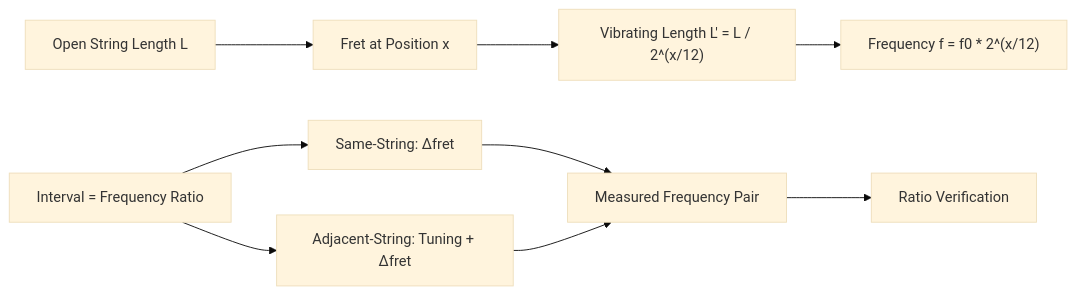
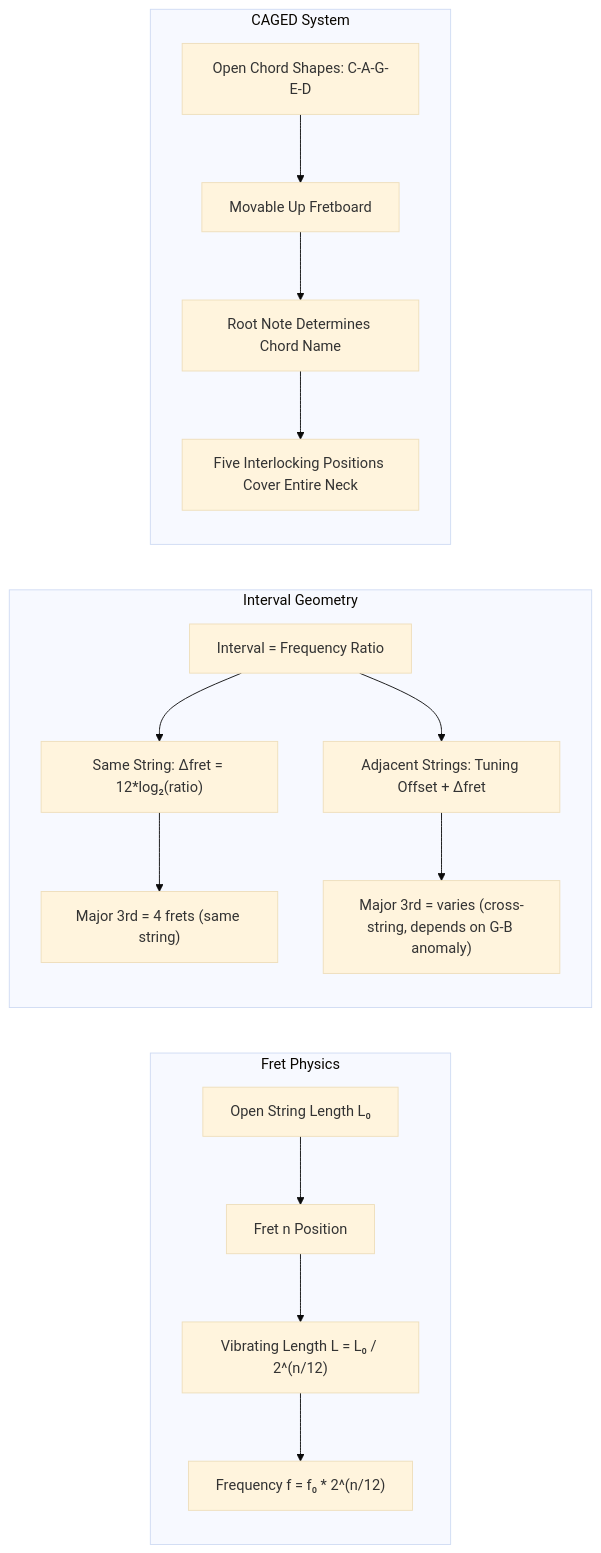
The fifth of 9 diagrams in topics/arts/music_performance/acoustic_guitar/labs.md (blebleblee/synapse), drawn with Mermaid (base theme) before and after one commit. The commit also changed other lines of this file and 4 other files, not shown here.

````diff
--- a/topics/arts/music_performance/acoustic_guitar/labs.md
+++ b/topics/arts/music_performance/acoustic_guitar/labs.md
@@ -160,11 +575,19 @@
 ```mermaid
 graph LR
-    A["Open String Length L"] --> B["Fret at Position x"]
-    B --> C["Vibrating Length L' = L / 2^(x/12)"]
-    C --> D["Frequency f = f0 * 2^(x/12)"]
-    E["Interval = Frequency Ratio"] --> F["Same-String: Δfret"]
-    E --> G["Adjacent-String: Tuning + Δfret"]
-    F --> H["Measured Frequency Pair"]
-    G --> H
-    H --> I["Ratio Verification"]
+    subgraph sub_fret_physics ["Fret Physics"]
+        A["Open String Length L₀"] --> B["Fret n Position"]
+        B --> C["Vibrating Length L = L₀ / 2^(n/12)"]
+        C --> D["Frequency f = f₀ * 2^(n/12)"]
+    end
+    subgraph sub_interval_geometry ["Interval Geometry"]
+        E["Interval = Frequency Ratio"] --> F["Same String: Δfret = 12*log₂(ratio)"]
+        E --> G["Adjacent Strings: Tuning Offset + Δfret"]
+        F --> H["Major 3rd = 4 frets (same string)"]
+        G --> I["Major 3rd = varies (cross-string, depends on G-B anomaly)"]
+    end
+    subgraph sub_caged ["CAGED System"]
+        J["Open Chord Shapes: C-A-G-E-D"] --> K["Movable Up Fretboard"]
+        K --> L["Root Note Determines Chord Name"]
+        L --> M["Five Interlocking Positions Cover Entire Neck"]
+    end
 ```
````
